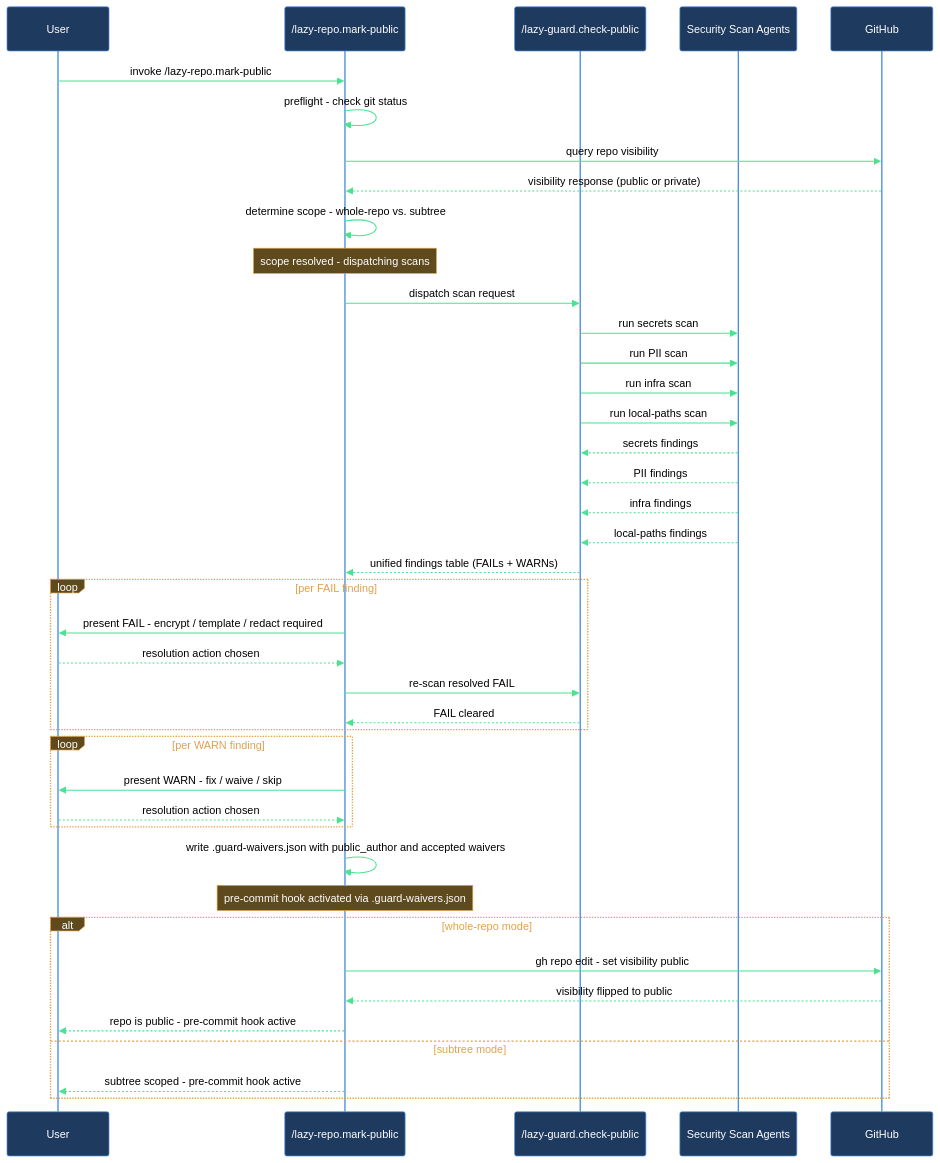
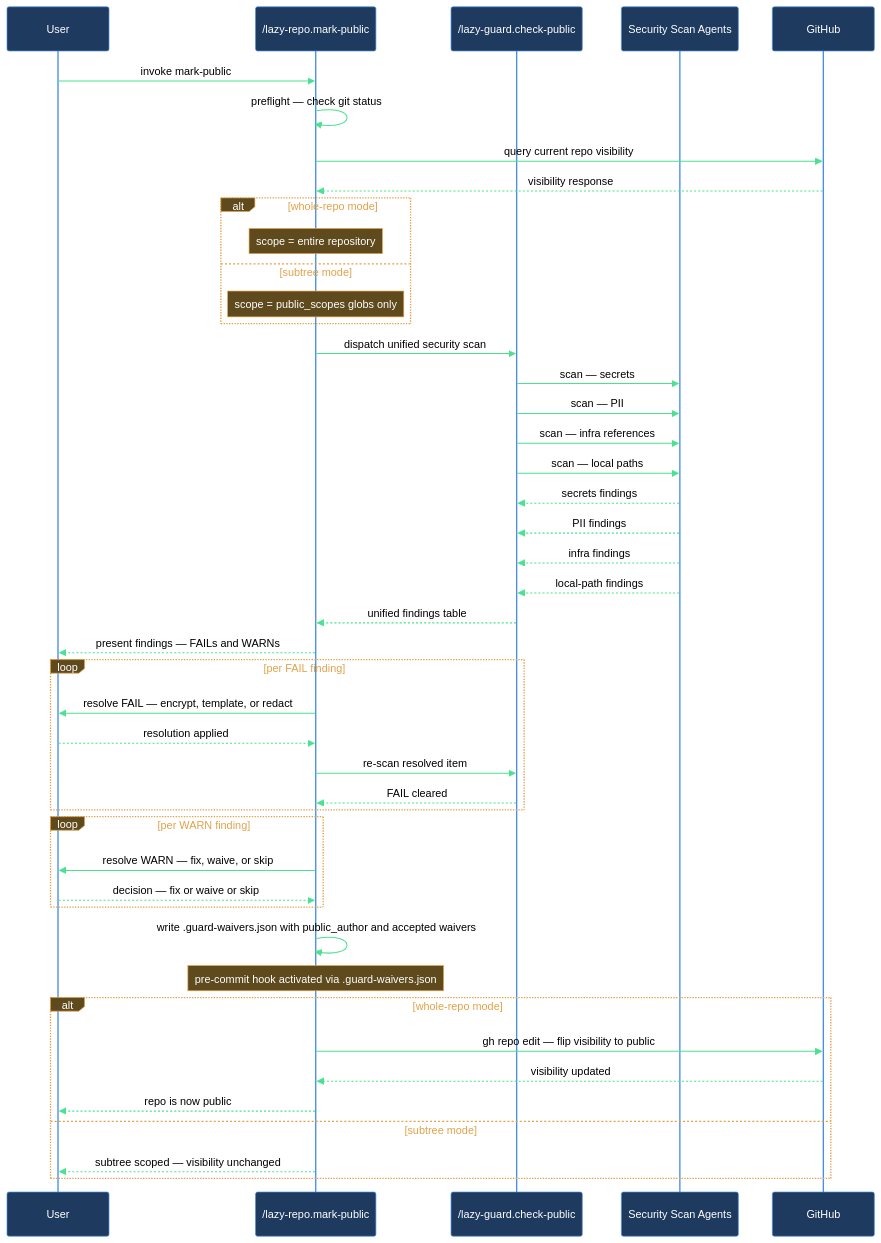
The diagram in Claude/lazycortex-core/help/walkthroughs/make-repo-public.md (mebius-san/lazy-cortex), drawn with Mermaid before and after one commit. The commit also changed other lines of this file and 96 other files, not shown here.

````diff
--- a/Claude/lazycortex-core/help/walkthroughs/make-repo-public.md
+++ b/Claude/lazycortex-core/help/walkthroughs/make-repo-public.md
@@ -117,50 +117,49 @@
 ```mermaid
 %%{init: {'themeVariables':{'background':'transparent','primaryColor':'#1e3a5f','primaryBorderColor':'#4a90e2','primaryTextColor':'#fff','lineColor':'#4ae290','actorBkg':'#1e3a5f','actorBorder':'#4a90e2','actorTextColor':'#fff','actorLineColor':'#4a90e2','signalColor':'#4ae290','signalTextColor':'#000','noteBkgColor':'#5f4a1e','noteBorderColor':'#e2a14a','noteTextColor':'#fff','labelBoxBkgColor':'#5f4a1e','labelBoxBorderColor':'#e2a14a','labelTextColor':'#fff','loopTextColor':'#e2a14a'},'sequence':{'diagramPadding':5,'useMaxWidth':true}}}%%
 sequenceDiagram
   participant user as User
   participant markPublic as /lazy-repo.mark-public
   participant checkPublic as /lazy-guard.check-public
   participant scanAgents as Security Scan Agents
   participant github as GitHub
 
-  user->>markPublic: invoke /lazy-repo.mark-public
-  markPublic->>markPublic: preflight - check git status
-  markPublic->>github: query repo visibility
-  github-->>markPublic: visibility response (public or private)
-  markPublic->>markPublic: determine scope - whole-repo vs. subtree
-  Note over markPublic: scope resolved - dispatching scans
-
-  markPublic->>checkPublic: dispatch scan request
-  checkPublic->>scanAgents: run secrets scan
-  checkPublic->>scanAgents: run PII scan
-  checkPublic->>scanAgents: run infra scan
-  checkPublic->>scanAgents: run local-paths scan
+  user->>markPublic: invoke mark-public
+  markPublic->>markPublic: preflight — check git status
+  markPublic->>github: query current repo visibility
+  github-->>markPublic: visibility response
+  alt whole-repo mode
+    Note over markPublic: scope = entire repository
+  else subtree mode
+    Note over markPublic: scope = public_scopes globs only
+  end
+  markPublic->>checkPublic: dispatch unified security scan
+  checkPublic->>scanAgents: scan — secrets
+  checkPublic->>scanAgents: scan — PII
+  checkPublic->>scanAgents: scan — infra references
+  checkPublic->>scanAgents: scan — local paths
   scanAgents-->>checkPublic: secrets findings
   scanAgents-->>checkPublic: PII findings
   scanAgents-->>checkPublic: infra findings
-  scanAgents-->>checkPublic: local-paths findings
-  checkPublic-->>markPublic: unified findings table (FAILs + WARNs)
-
+  scanAgents-->>checkPublic: local-path findings
+  checkPublic-->>markPublic: unified findings table
+  markPublic-->>user: present findings — FAILs and WARNs
   loop per FAIL finding
-    markPublic->>user: present FAIL - encrypt / template / redact required
-    user-->>markPublic: resolution action chosen
-    markPublic->>checkPublic: re-scan resolved FAIL
+    markPublic->>user: resolve FAIL — encrypt, template, or redact
+    user-->>markPublic: resolution applied
+    markPublic->>checkPublic: re-scan resolved item
     checkPublic-->>markPublic: FAIL cleared
   end
-
   loop per WARN finding
-    markPublic->>user: present WARN - fix / waive / skip
-    user-->>markPublic: resolution action chosen
+    markPublic->>user: resolve WARN — fix, waive, or skip
+    user-->>markPublic: decision — fix or waive or skip
   end
-
   markPublic->>markPublic: write .guard-waivers.json with public_author and accepted waivers
   Note over markPublic: pre-commit hook activated via .guard-waivers.json
-
   alt whole-repo mode
-    markPublic->>github: gh repo edit - set visibility public
-    github-->>markPublic: visibility flipped to public
-    markPublic-->>user: repo is public - pre-commit hook active
+    markPublic->>github: gh repo edit — flip visibility to public
+    github-->>markPublic: visibility updated
+    markPublic-->>user: repo is now public
   else subtree mode
-    markPublic-->>user: subtree scoped - pre-commit hook active
+    markPublic-->>user: subtree scoped — visibility unchanged
   end
 ```
````
